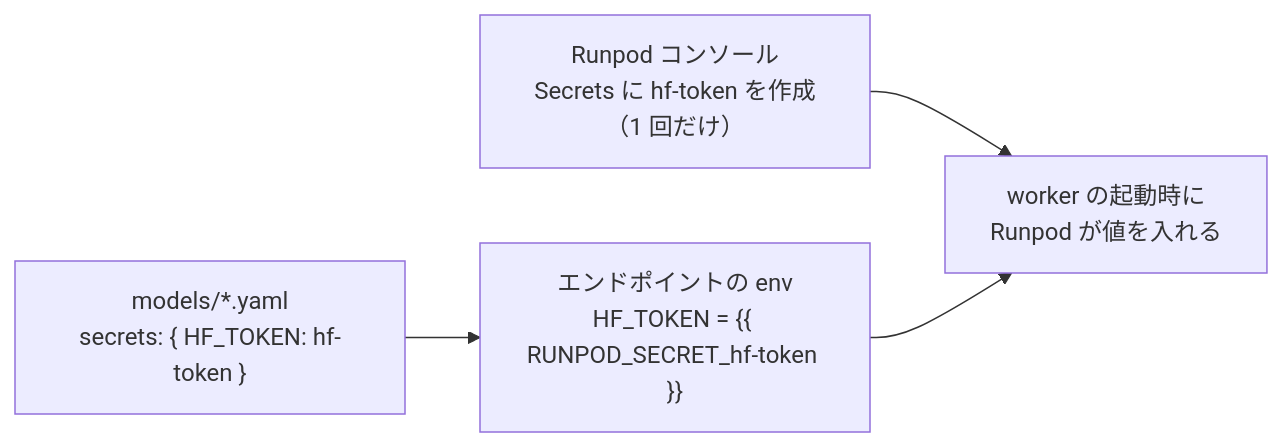
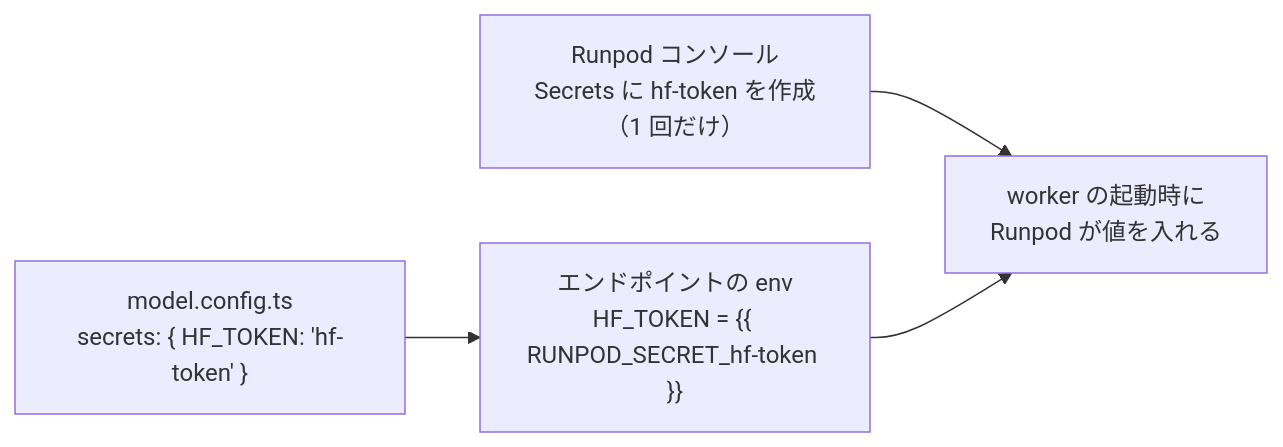
The fifth of 5 diagrams in README.md (YuSa0-6/loorel), drawn with Mermaid before and after one commit. The commit also changed other lines of this file and 32 other files, not shown here.

````diff
--- a/README.md
+++ b/README.md
@@ -287,6 +383,6 @@
 ```mermaid
 flowchart LR
   S["Runpod コンソール<br>Secrets に hf-token を作成（1 回だけ）"] --> W
-  Y["models/*.yaml<br>secrets: { HF_TOKEN: hf-token }"] --> E["エンドポイントの env<br>HF_TOKEN = {{ RUNPOD_SECRET_hf-token }}"]
+  Y["model.config.ts<br>secrets: { HF_TOKEN: 'hf-token' }"] --> E["エンドポイントの env<br>HF_TOKEN = {{ RUNPOD_SECRET_hf-token }}"]
   E --> W["worker の起動時に<br>Runpod が値を入れる"]
 ```
````
